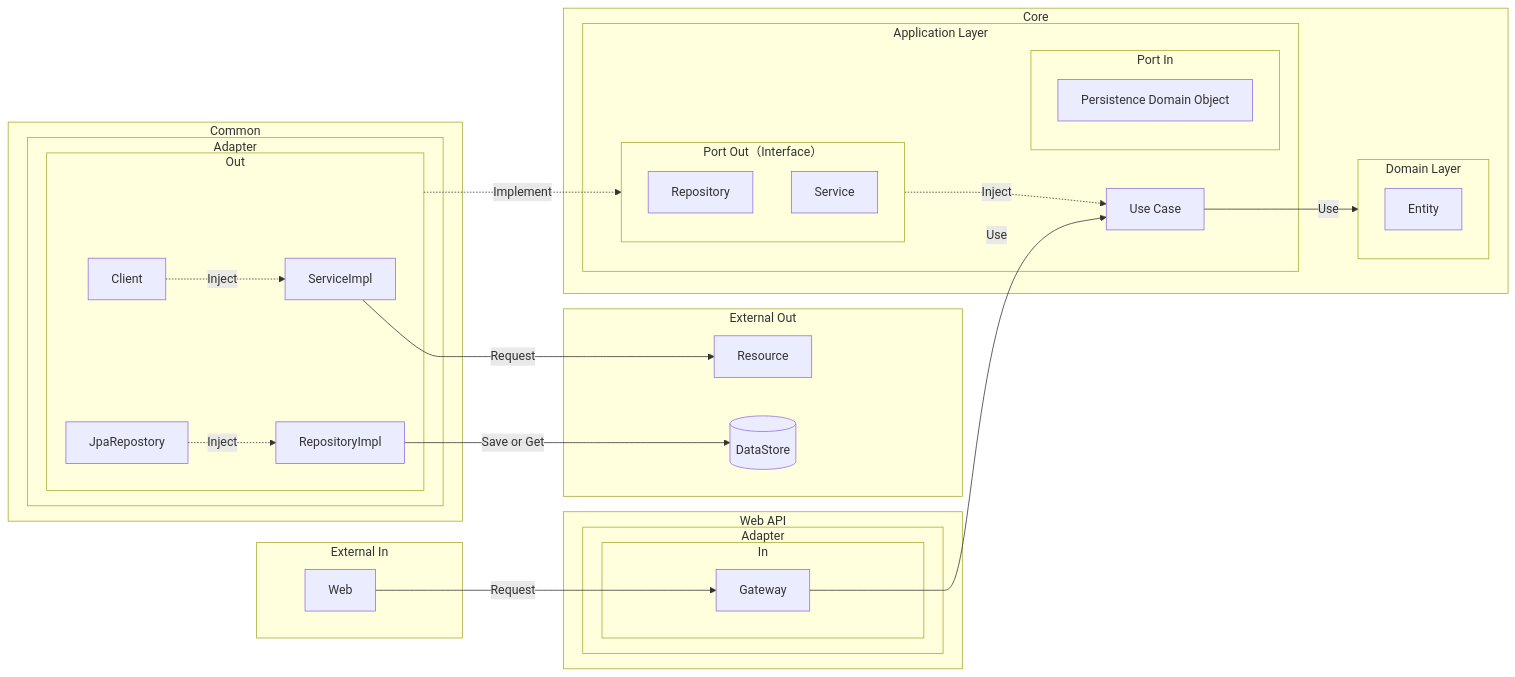
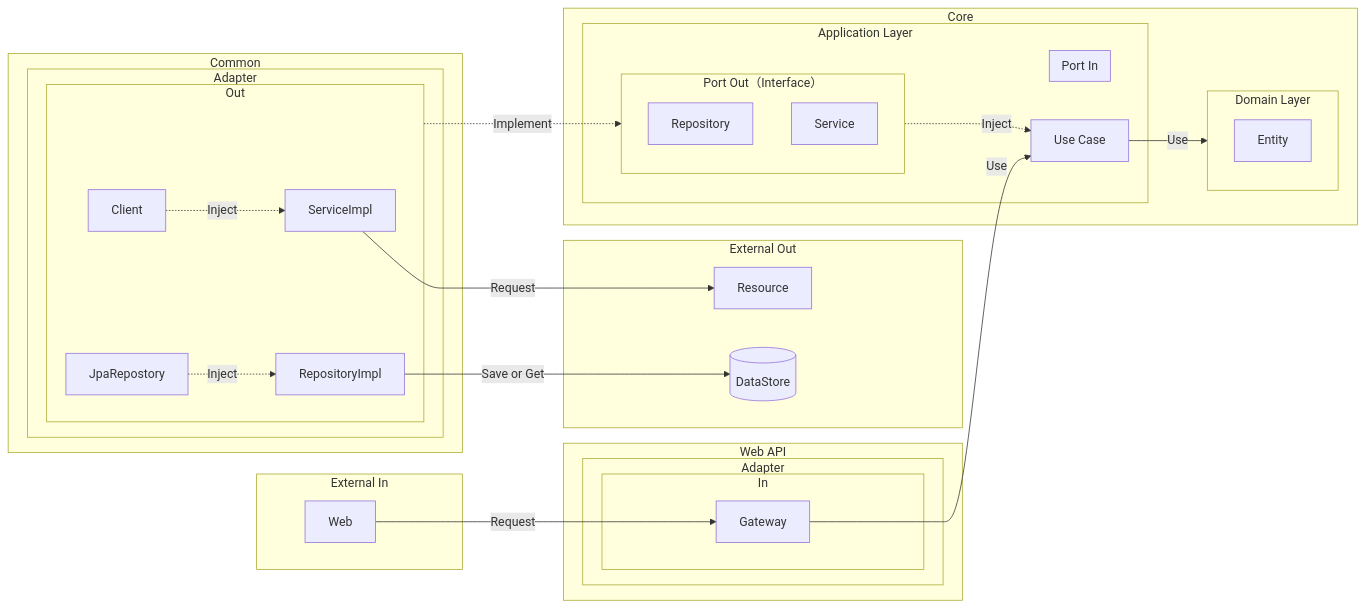
The diagram in README.md (axuanhogan/quarkus-kotlin-clean-arch-template), drawn with Mermaid before and after one commit. The commit also changed 1 other file, not shown here.

Commit message:
delete PDO

````diff
--- a/README.md
+++ b/README.md
@@ -108,58 +108,57 @@
 ```mermaid
 graph LR
 	subgraph External Out
 		resource[Resource]
 		data-store[(DataStore)]
 	end
 		
 	subgraph External In
 		web[Web]
 	end
 	
 	subgraph web-api[Web API]
         subgraph web-api-adapter[Adapter]
             subgraph web-api-adapter-in[In]
                 web-api-adapter-in-gateway[Gateway]
             end
         end
     end
 	
 	subgraph common[Common]
         subgraph common-adapter[Adapter]
             subgraph common-adapter-out[Out]
                 common-adapter-out-service-impl[ServiceImpl]
                 common-adapter-out-repo-impl[RepositoryImpl]
                 common-adapter-out-client[Client]
                 common-adapter-out-jpa-repo[JpaRepostory]
             end
         end
     end
 	
 	subgraph core[Core]
 		subgraph domain-layer[Domain Layer]
 			Entity
 		end
 		subgraph application-layer[Application Layer]
             subgraph port-out[Port Out（Interface）]
                 port-out-repo[Repository]
                 port-out-service[Service]
             end
             subgraph port-in[Port In]
-				pdo[Persistence Domain Object]
 			end
             use-case[Use Case]
 		end
 	end
 	
 	web -- Request --> web-api-adapter-in-gateway
 	
 	web-api-adapter-in-gateway -- Use --> use-case
 	use-case -- Use --> domain-layer
 	common-adapter-out-client -. Inject .-> common-adapter-out-service-impl
 	common-adapter-out-jpa-repo -. Inject .-> common-adapter-out-repo-impl
 	common-adapter-out -. Implement .-> port-out
 	port-out -. Inject .-> use-case
 	
 	common-adapter-out-repo-impl -- Save or Get --> data-store
 	common-adapter-out-service-impl -- Request --> resource
 ```
````
